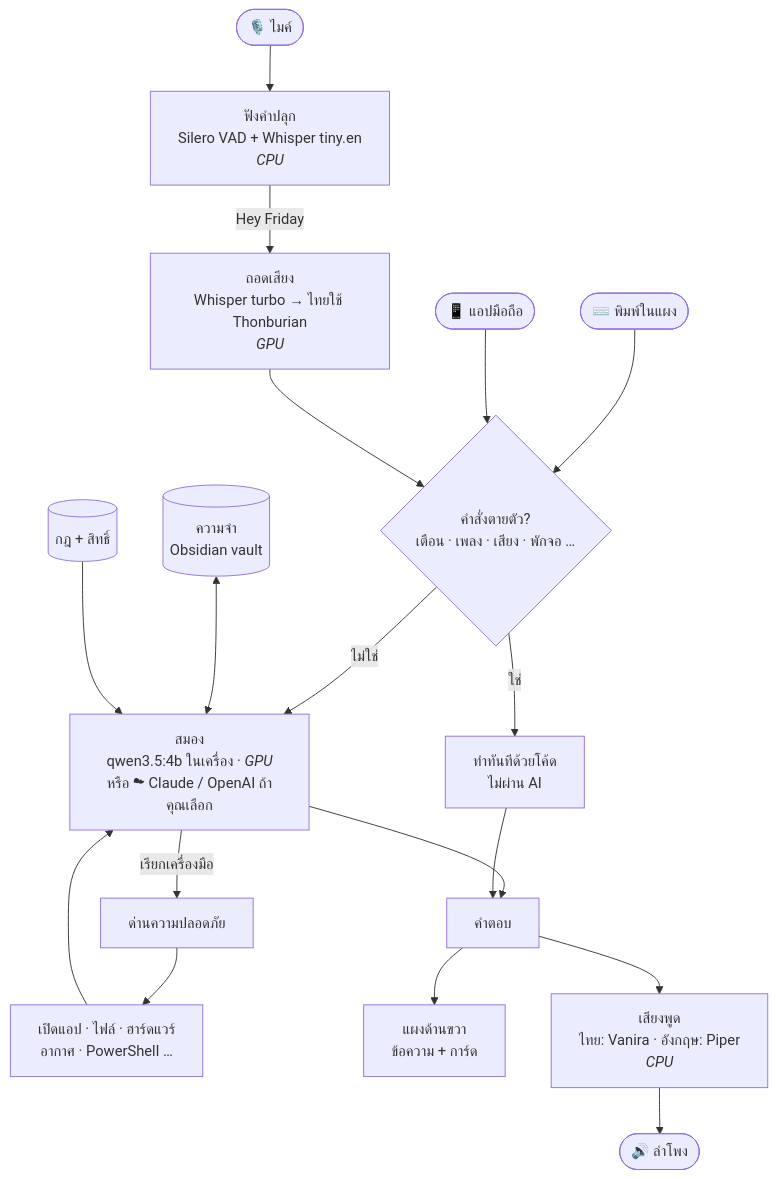
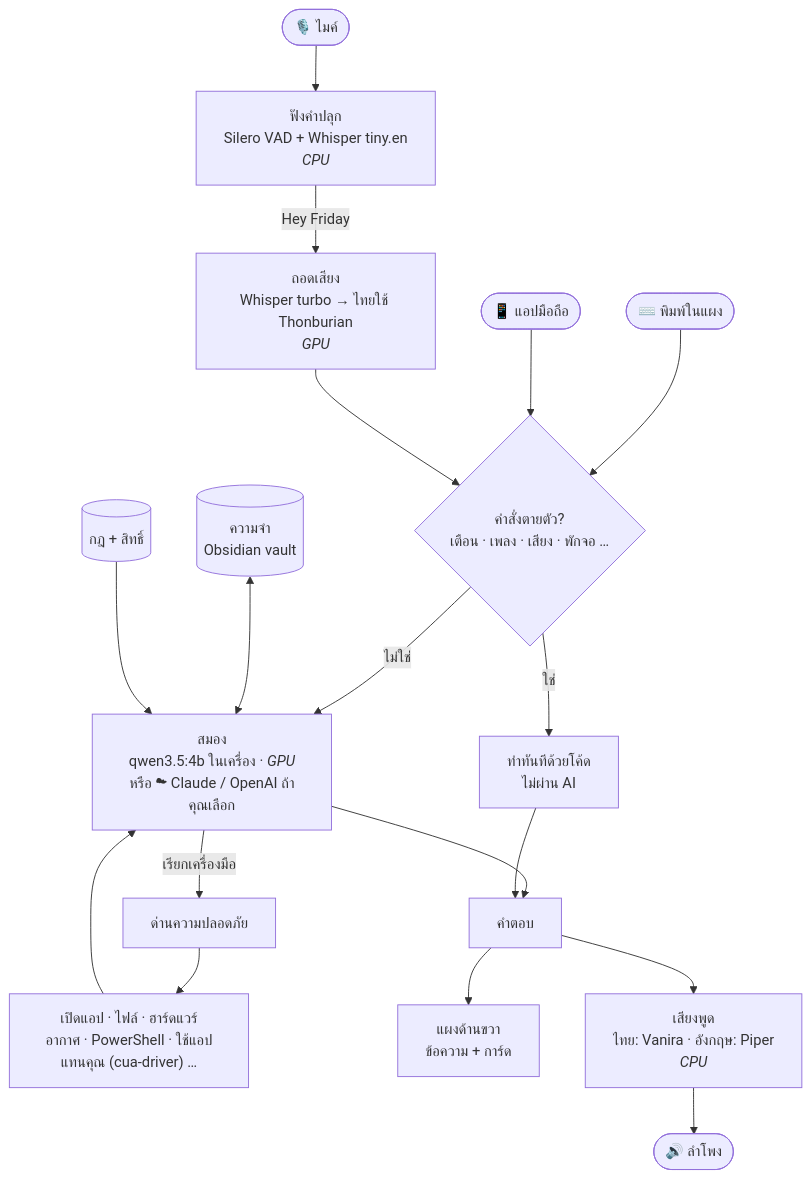
Before and after one commit to RikuAlice01/F.R.I.D.A.Y.: the first of 3 diagrams in README.md, drawn with Mermaid. The commit also changed other lines of this file and 3 other files, not shown here.

Commit message:
Installer 0.42.0 (§87): optional cua-driver task (bundled reviewed install.ps1, pinned 0.37.0, no logon task, telemetry off); README: install option, uninstall, diagram

````diff
--- a/README.md
+++ b/README.md
@@ -134,20 +137,20 @@
 ```mermaid
 flowchart TD
     mic(["🎙️ ไมค์"]) --> wake["ฟังคำปลุก<br/>Silero VAD + Whisper tiny.en<br/><i>CPU</i>"]
     wake -- "Hey Friday" --> stt["ถอดเสียง<br/>Whisper turbo → ไทยใช้ Thonburian<br/><i>GPU</i>"]
     keyboard(["⌨️ พิมพ์ในแผง"]) --> fixed
     phone(["📱 แอปมือถือ"]) --> fixed
     stt --> fixed{"คำสั่งตายตัว?<br/>เตือน · เพลง · เสียง · พักจอ …"}
     fixed -- "ใช่" --> act["ทำทันทีด้วยโค้ด<br/>ไม่ผ่าน AI"]
     fixed -- "ไม่ใช่" --> llm["สมอง<br/>qwen3.5:4b ในเครื่อง · <i>GPU</i><br/>หรือ ☁ Claude / OpenAI ถ้าคุณเลือก"]
     mem[("ความจำ<br/>Obsidian vault")] <--> llm
     rules[("กฎ + สิทธิ์")] --> llm
     llm -- "เรียกเครื่องมือ" --> gate["ด่านความปลอดภัย"]
-    gate --> tools["เปิดแอป · ไฟล์ · ฮาร์ดแวร์<br/>อากาศ · PowerShell …"]
+    gate --> tools["เปิดแอป · ไฟล์ · ฮาร์ดแวร์<br/>อากาศ · PowerShell · ใช้แอปแทนคุณ (cua-driver) …"]
     tools --> llm
     llm --> reply["คำตอบ"]
     act --> reply
     reply --> panel["แผงด้านขวา<br/>ข้อความ + การ์ด"]
     reply --> tts["เสียงพูด<br/>ไทย: Vanira · อังกฤษ: Piper<br/><i>CPU</i>"]
     tts --> spk(["🔊 ลำโพง"])
 ```
````
